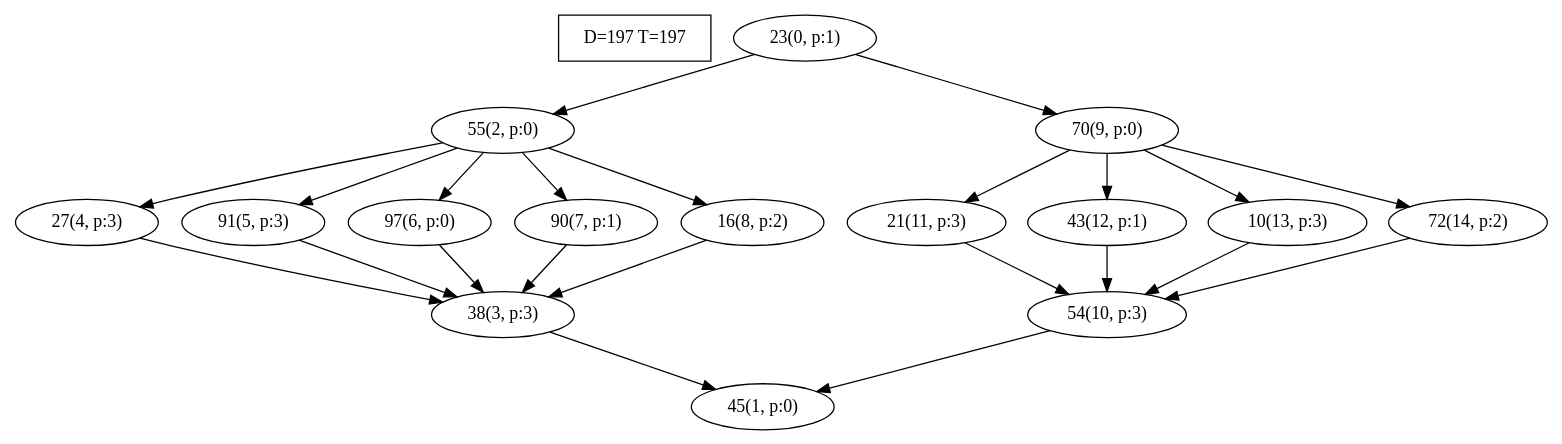
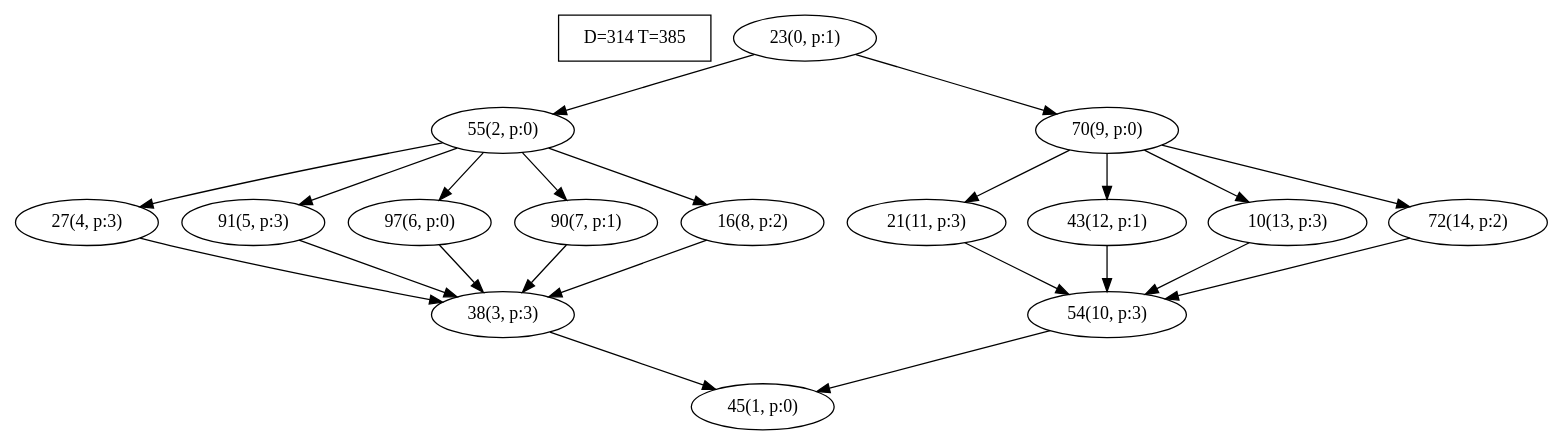
One commit to gzqx/global-dag-randomization changed the diagram in res/generated_dags/taskset_36/task_0.dot. Above: the diagram before and after it, drawn with Graphviz. The commit also changed 119 other files, not shown here.

```diff
--- a/res/generated_dags/taskset_36/task_0.dot
+++ b/res/generated_dags/taskset_36/task_0.dot
@@ -1,40 +1,40 @@
 digraph Task {
-i [shape=box, label="D=197 T=197"]; 
+i [shape=box, label="D=314 T=385"]; 
 0 [label="23(0, p:1)"];
 1 [label="45(1, p:0)"];
 2 [label="55(2, p:0)"];
 3 [label="38(3, p:3)"];
 4 [label="27(4, p:3)"];
 5 [label="91(5, p:3)"];
 6 [label="97(6, p:0)"];
 7 [label="90(7, p:1)"];
 8 [label="16(8, p:2)"];
 9 [label="70(9, p:0)"];
 10 [label="54(10, p:3)"];
 11 [label="21(11, p:3)"];
 12 [label="43(12, p:1)"];
 13 [label="10(13, p:3)"];
 14 [label="72(14, p:2)"];
 0 -> 2;
 0 -> 9;
 2 -> 4;
 2 -> 5;
 2 -> 6;
 2 -> 7;
 2 -> 8;
 3 -> 1;
 4 -> 3;
 5 -> 3;
 6 -> 3;
 7 -> 3;
 8 -> 3;
 9 -> 11;
 9 -> 12;
 9 -> 13;
 9 -> 14;
 10 -> 1;
 11 -> 10;
 12 -> 10;
 13 -> 10;
 14 -> 10;
 }
```
